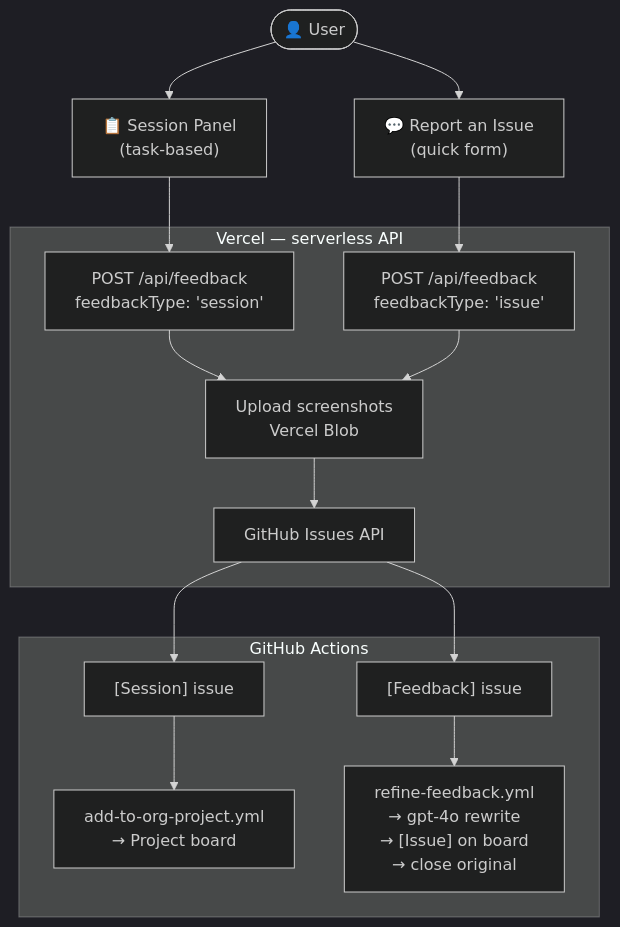
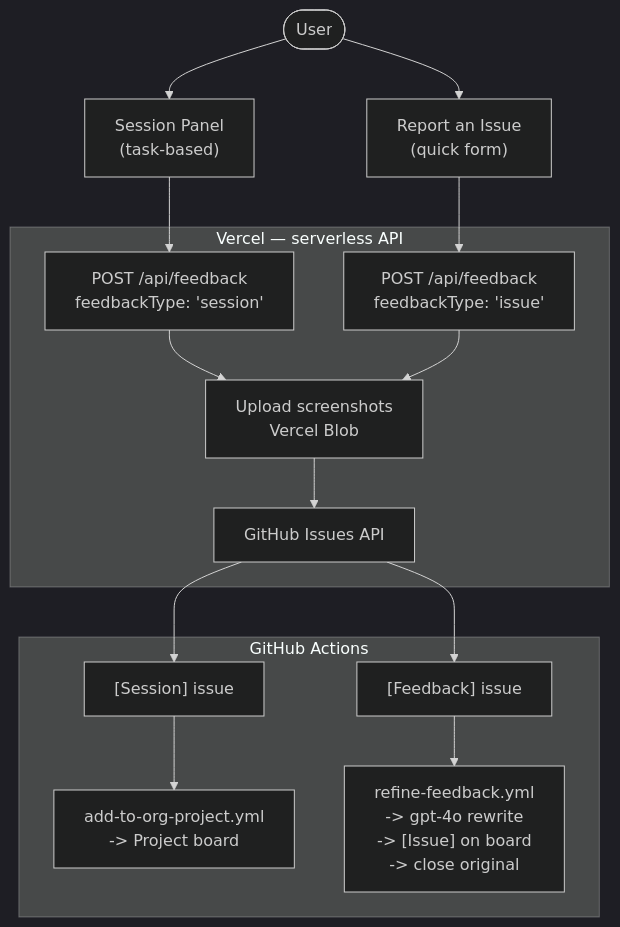
Before and after one commit to THD-Spatial-AI/building-configurator: the first of 6 diagrams in docs/feedback-pipeline.md, drawn with Mermaid (dark theme). The commit also changed other lines of this file and 2 other files, not shown here.

````diff
--- a/docs/feedback-pipeline.md
+++ b/docs/feedback-pipeline.md
@@ -11,24 +11,24 @@
 ```mermaid
 flowchart TD
-    A(["👤 User"])
+    A(["User"])
 
-    A --> B["📋 Session Panel\n(task-based)"]
-    A --> C["💬 Report an Issue\n(quick form)"]
+    A --> B["Session Panel\n(task-based)"]
+    A --> C["Report an Issue\n(quick form)"]
 
     B --> D["POST /api/feedback\nfeedbackType: 'session'"]
     C --> E["POST /api/feedback\nfeedbackType: 'issue'"]
 
     subgraph Vercel ["Vercel — serverless API"]
         D --> F["Upload screenshots\nVercel Blob"]
         E --> F
         F --> G["GitHub Issues API"]
     end
 
     G --> H["[Session] issue"]
     G --> I["[Feedback] issue"]
 
     subgraph Actions ["GitHub Actions"]
-        H --> J["add-to-org-project.yml\n→ Project board"]
-        I --> K["refine-feedback.yml\n→ gpt-4o rewrite\n→ [Issue] on board\n→ close original"]
+        H --> J["add-to-org-project.yml\n-> Project board"]
+        I --> K["refine-feedback.yml\n-> gpt-4o rewrite\n-> [Issue] on board\n-> close original"]
     end
 ```
````
